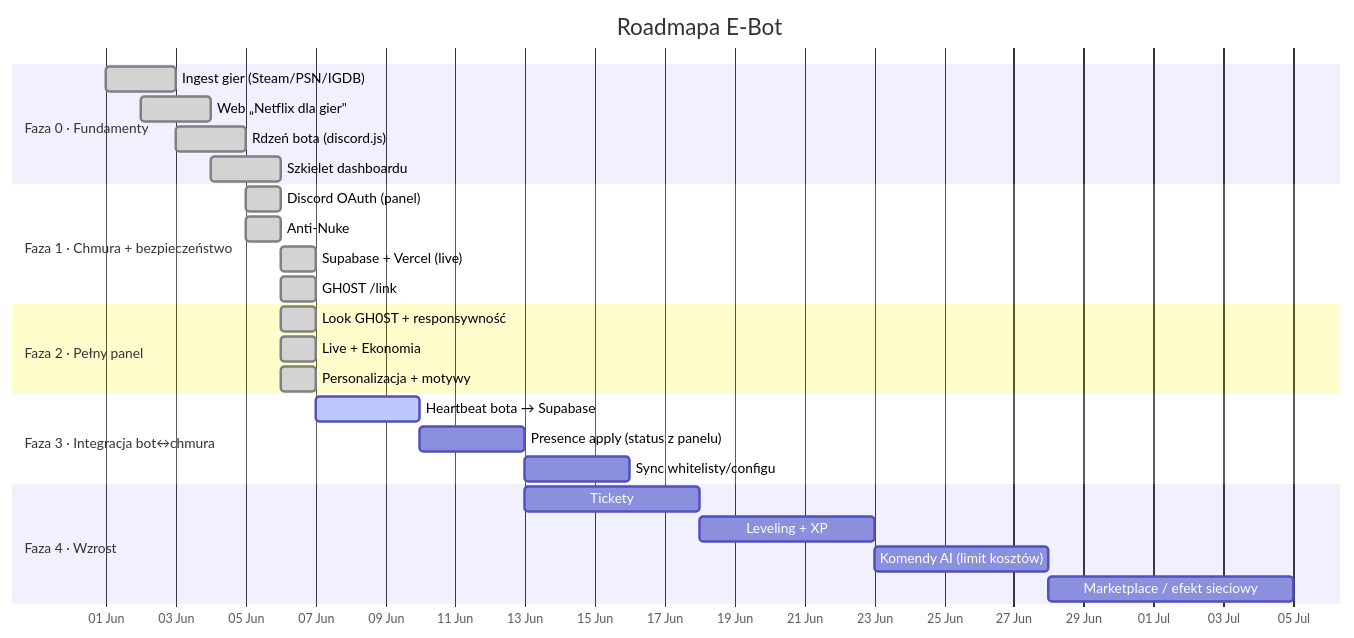
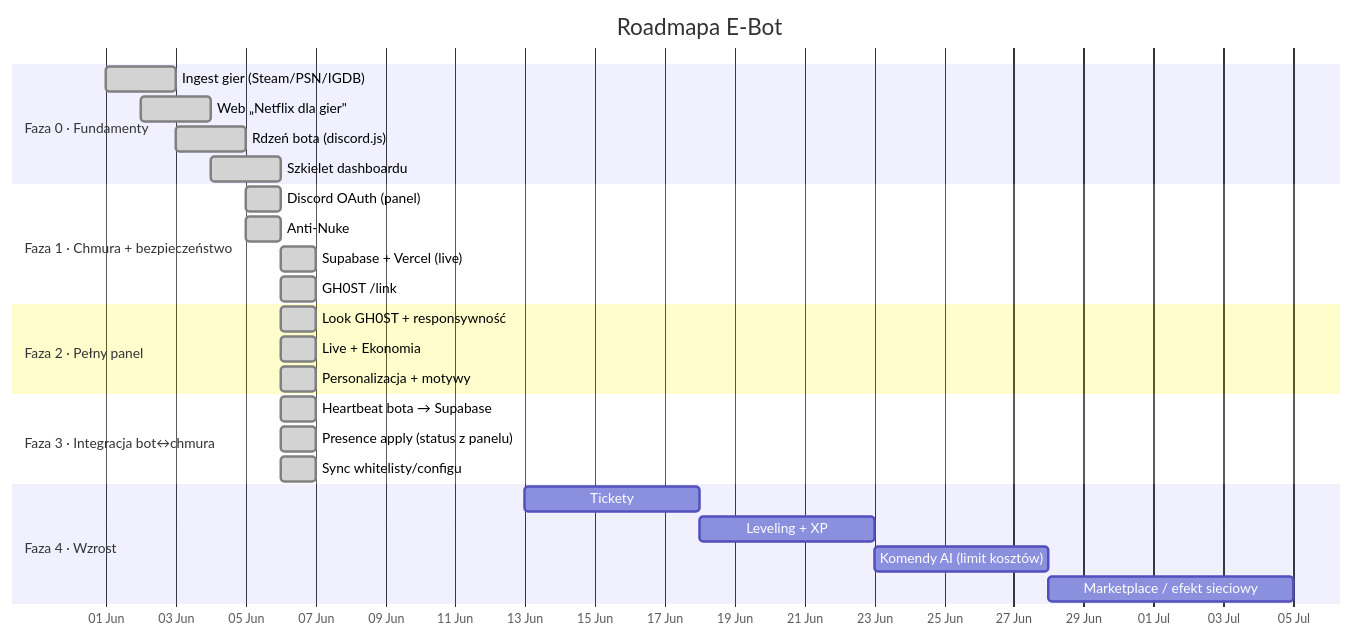
Before and after one commit to Gh0s777tt/E-Bot: the first of 2 diagrams in docs/ROADMAP.md, drawn with Mermaid. The commit also changed other lines of this file and 9 other files, not shown here.

Commit message:
feat(bot): Faza 3 — integracja bot<->chmura (heartbeat/presence/settings-sync przez Supabase REST) [#026]

````diff
--- a/docs/ROADMAP.md
+++ b/docs/ROADMAP.md
@@ -18,29 +18,29 @@
 ```mermaid
 gantt
   title Roadmapa E-Bot
   dateFormat YYYY-MM-DD
   axisFormat %d %b
   section Faza 0 · Fundamenty
   Ingest gier (Steam/PSN/IGDB) :done,  f0a, 2026-06-01, 2d
   Web „Netflix dla gier"       :done,  f0b, 2026-06-02, 2d
   Rdzeń bota (discord.js)      :done,  f0c, 2026-06-03, 2d
   Szkielet dashboardu          :done,  f0d, 2026-06-04, 2d
   section Faza 1 · Chmura + bezpieczeństwo
   Discord OAuth (panel)        :done,  f1a, 2026-06-05, 1d
   Anti-Nuke                    :done,  f1b, 2026-06-05, 1d
   Supabase + Vercel (live)     :done,  f1c, 2026-06-06, 1d
   GH0ST /link                  :done,  f1d, 2026-06-06, 1d
   section Faza 2 · Pełny panel
   Look GH0ST + responsywność   :done,  f2a, 2026-06-06, 1d
   Live + Ekonomia              :done,  f2b, 2026-06-06, 1d
   Personalizacja + motywy      :done,  f2c, 2026-06-06, 1d
   section Faza 3 · Integracja bot↔chmura
-  Heartbeat bota → Supabase    :active, f3a, 2026-06-07, 3d
-  Presence apply (status z panelu) :     f3b, after f3a, 3d
-  Sync whitelisty/configu      :     f3c, after f3b, 3d
+  Heartbeat bota → Supabase    :done, f3a, 2026-06-06, 1d
+  Presence apply (status z panelu) :done, f3b, 2026-06-06, 1d
+  Sync whitelisty/configu      :done, f3c, 2026-06-06, 1d
   section Faza 4 · Wzrost
   Tickety                      :     f4a, 2026-06-13, 5d
   Leveling + XP                :     f4b, after f4a, 5d
   Komendy AI (limit kosztów)   :     f4c, after f4b, 5d
   Marketplace / efekt sieciowy :     f4d, after f4c, 7d
 ```
````
